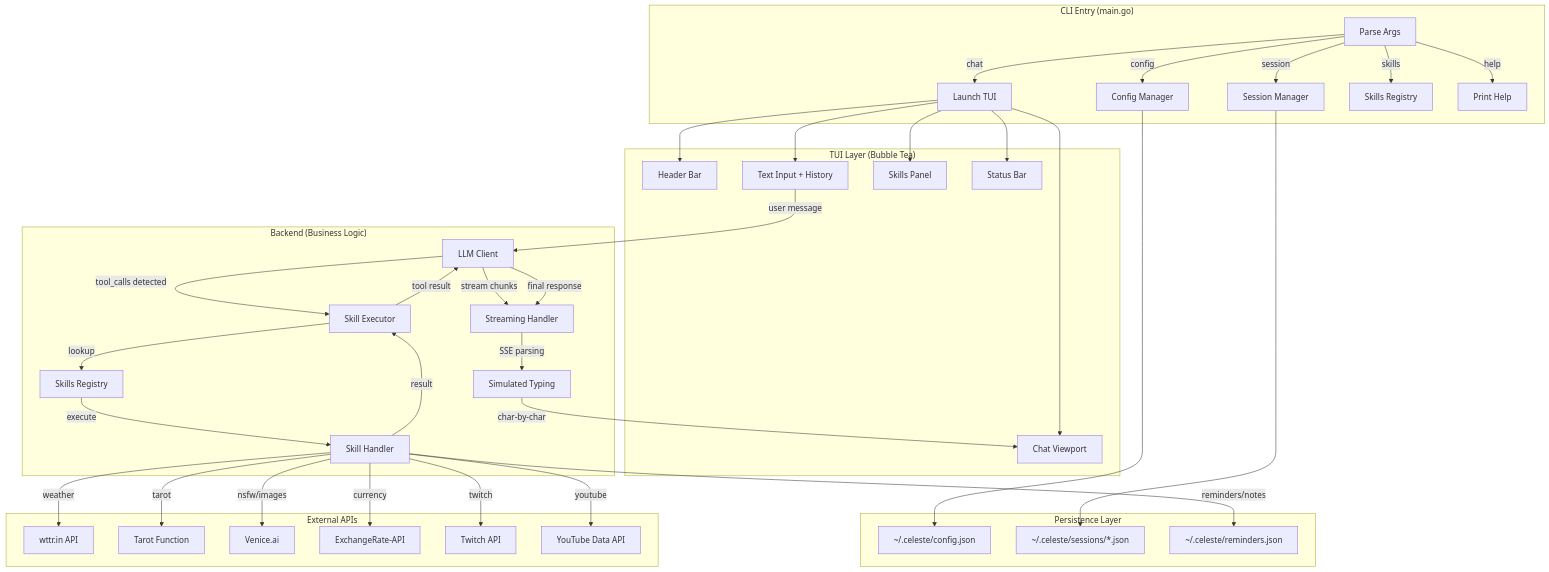
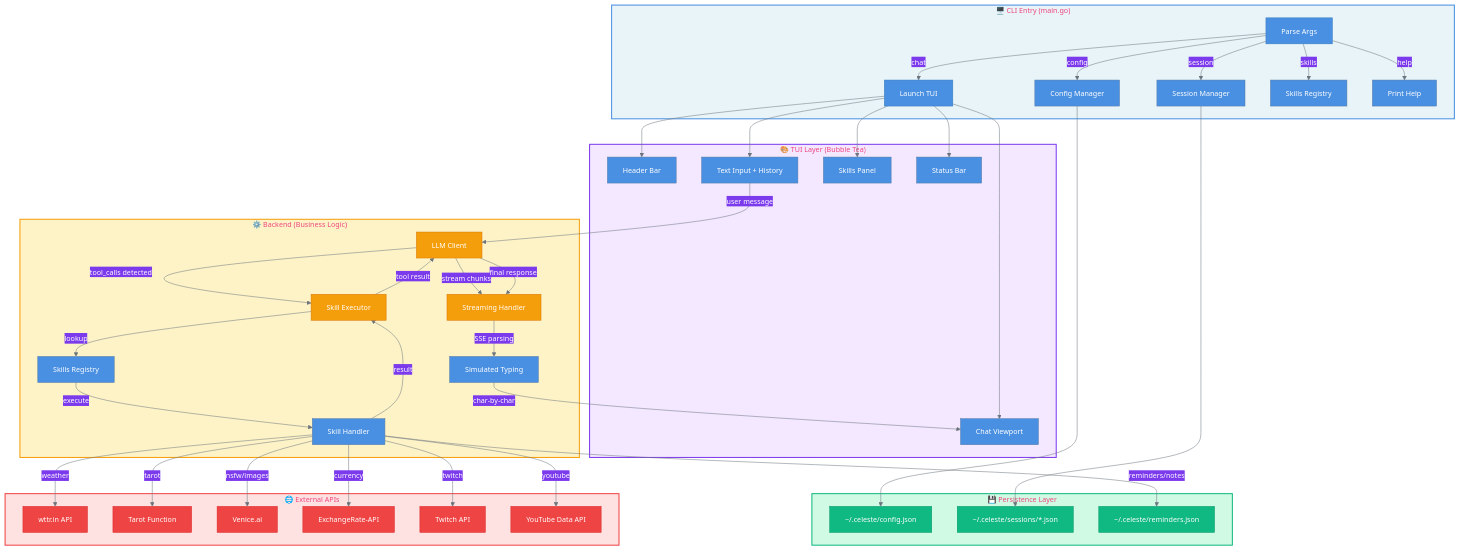
One commit to whykusanagi/celesteCLI changed the second of 2 diagrams in README.md. Above: the diagram before and after it, drawn with Mermaid.

Commit message:
docs: Enhance mermaid flowchart with professional color-coded components
Added visual hierarchy and color-coding to component flow diagram:

🖥️ CLI Entry - Blue (#4a90e2): Entry point and arg parsing
🎨 TUI Layer - Purple (#7c3aed): User interface components
⚙️ Backend - Amber (#f59e0b): Business logic and processing
💾 Persistence - Green (#10b981): Local storage and config files
🌐 External APIs - Red (#ef4444): Third-party integrations

Improvements:
- Added emoji indicators for each layer
- Color-coded subgraphs with matching strokes
- Applied classDef styling for individual nodes
- Consistent theme variables for professional look
- Enhanced readability with thicker borders (2px)

Result: Clear visual separation of architectural layers,
making it easier to understand component relationships.

🤖 Generated with Claude Code

````diff
--- a/README.md
+++ b/README.md
@@ -753,46 +753,63 @@
 ```mermaid
+%%{init: {'theme':'base', 'themeVariables': {'primaryColor':'#4a90e2','secondaryColor':'#7c3aed','tertiaryColor':'#10b981','primaryTextColor':'#fff','lineColor':'#6c757d','fontSize':'14px'}}}%%
 flowchart TB
-    subgraph CLI["CLI Entry (main.go)"]
+    subgraph CLI["🖥️ CLI Entry (main.go)"]
+        style CLI fill:#e8f4f8,stroke:#4a90e2,stroke-width:2px
         Main[Parse Args] --> |chat| TUI[Launch TUI]
         Main --> |config| Config[Config Manager]
         Main --> |session| Session[Session Manager]
         Main --> |skills| Skills[Skills Registry]
         Main --> |help| Help[Print Help]
     end
 
-    subgraph TUI_Layer["TUI Layer (Bubble Tea)"]
+    subgraph TUI_Layer["🎨 TUI Layer (Bubble Tea)"]
+        style TUI_Layer fill:#f3e8ff,stroke:#7c3aed,stroke-width:2px
         TUI --> Header[Header Bar]
         TUI --> Viewport[Chat Viewport]
         TUI --> Input[Text Input + History]
         TUI --> SkillsPanel[Skills Panel]
         TUI --> Status[Status Bar]
     end
 
-    subgraph Backend["Backend (Business Logic)"]
+    subgraph Backend["⚙️ Backend (Business Logic)"]
+        style Backend fill:#fef3c7,stroke:#f59e0b,stroke-width:2px
         Input --> |user message| LLM[LLM Client]
         LLM --> |stream chunks| Stream[Streaming Handler]
         Stream --> |SSE parsing| SimType[Simulated Typing]
         SimType --> |char-by-char| Viewport
         LLM --> |tool_calls detected| Executor[Skill Executor]
         Executor --> |lookup| Registry[Skills Registry]
         Registry --> |execute| Handler[Skill Handler]
         Handler --> |result| Executor
         Executor --> |tool result| LLM
         LLM --> |final response| Stream
     end
 
-    subgraph Storage["Persistence Layer"]
+    subgraph Storage["💾 Persistence Layer"]
+        style Storage fill:#d1fae5,stroke:#10b981,stroke-width:2px
         Config --> ConfigFiles["~/.celeste/config.json"]
         Session --> SessionFiles["~/.celeste/sessions/*.json"]
         Handler --> |reminders/notes| LocalStorage["~/.celeste/reminders.json"]
     end
 
-    subgraph External["External APIs"]
+    subgraph External["🌐 External APIs"]
+        style External fill:#fee2e2,stroke:#ef4444,stroke-width:2px
         Handler --> |weather| WttrIn[wttr.in API]
         Handler --> |tarot| TarotAPI[Tarot Function]
         Handler --> |nsfw/images| VeniceAI[Venice.ai]
         Handler --> |currency| ExchangeRate[ExchangeRate-API]
         Handler --> |twitch| TwitchAPI[Twitch API]
         Handler --> |youtube| YouTubeAPI[YouTube Data API]
     end
+
+    classDef entryPoint fill:#4a90e2,stroke:#357abd,color:#fff
+    classDef uiComponent fill:#7c3aed,stroke:#6b21a8,color:#fff
+    classDef business fill:#f59e0b,stroke:#d97706,color:#fff
+    classDef storage fill:#10b981,stroke:#059669,color:#fff
+    classDef external fill:#ef4444,stroke:#dc2626,color:#fff
+
+    class Main,TUI entryPoint
+    class LLM,Stream,Executor business
+    class ConfigFiles,SessionFiles,LocalStorage storage
+    class WttrIn,TarotAPI,VeniceAI,ExchangeRate,TwitchAPI,YouTubeAPI external
 ```
````
